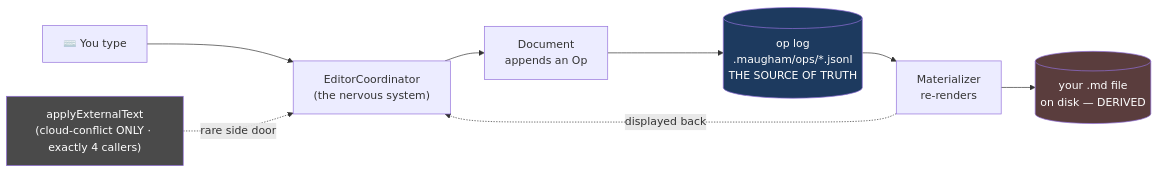
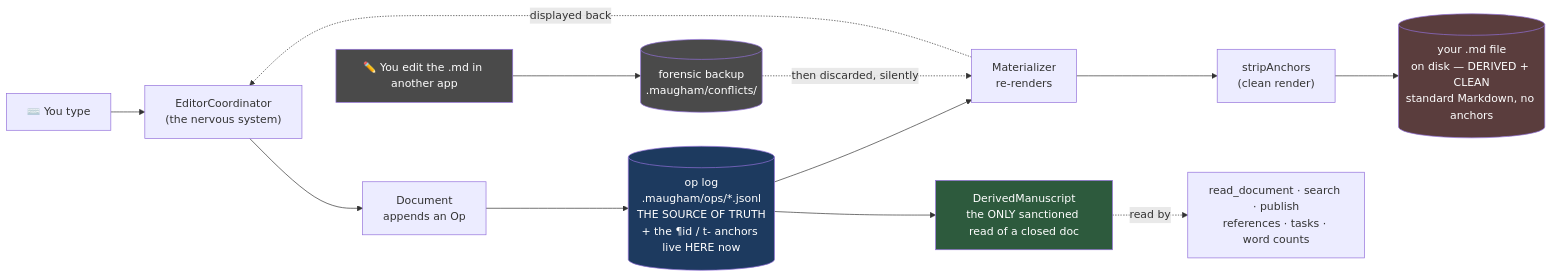
The second of 4 diagrams in docs/code-visualization-mental-maps.md (dtrouton/Maugham), drawn with Mermaid before and after one commit. The commit also changed other lines of this file, not shown here.

````diff
--- a/docs/code-visualization-mental-maps.md
+++ b/docs/code-visualization-mental-maps.md
@@ -76,15 +103,22 @@
 ```mermaid
 flowchart LR
     K["⌨️ You type"] --> EC["EditorCoordinator<br/>(the nervous system)"]
     EC --> DOC["Document<br/>appends an Op"]
-    DOC --> JSONL[("op log<br/>.maugham/ops/*.jsonl<br/>THE SOURCE OF TRUTH")]
+    DOC --> JSONL[("op log<br/>.maugham/ops/*.jsonl<br/>THE SOURCE OF TRUTH<br/>+ the ¶id / t- anchors live HERE now")]
     JSONL --> MAT["Materializer<br/>re-renders"]
-    MAT --> MD[("your .md file<br/>on disk — DERIVED")]
+    MAT --> STRIP["stripAnchors<br/>(clean render)"]
+    STRIP --> MD[("your .md file<br/>on disk — DERIVED + CLEAN<br/>standard Markdown, no anchors")]
     MAT -. "displayed back" .-> EC
 
-    AS["applyExternalText<br/>(cloud-conflict ONLY · exactly 4 callers)"] -. "rare side door" .-> EC
+    JSONL --> DER["DerivedManuscript<br/>the ONLY sanctioned read of a closed doc"]
+    DER -. "read by" .-> RD["read_document · search · publish<br/>references · tasks · word counts"]
+
+    EXT["✏️ You edit the .md in another app"] --> BK[("forensic backup<br/>.maugham/conflicts/")]
+    BK -. "then discarded, silently" .-> MAT
 
     style JSONL fill:#1d3a5f,color:#fff
     style MD fill:#5a3d3d,color:#fff
-    style AS fill:#4a4a4a,color:#fff
+    style DER fill:#2d5a3d,color:#fff
+    style EXT fill:#4a4a4a,color:#fff
+    style BK fill:#4a4a4a,color:#fff
 ```
````
